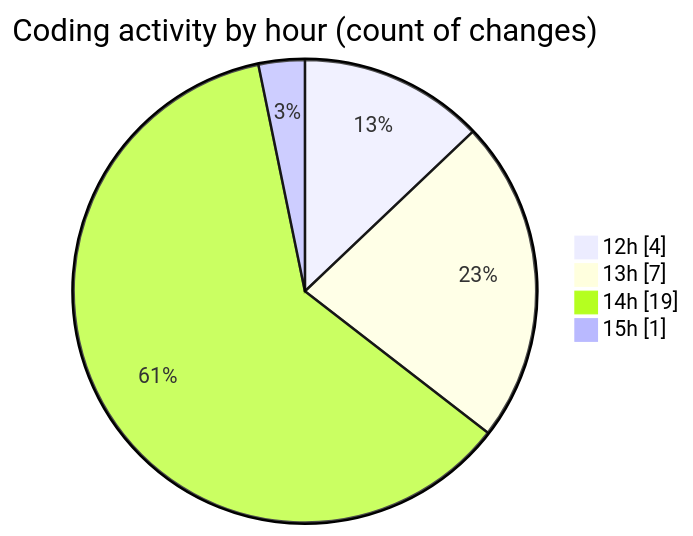
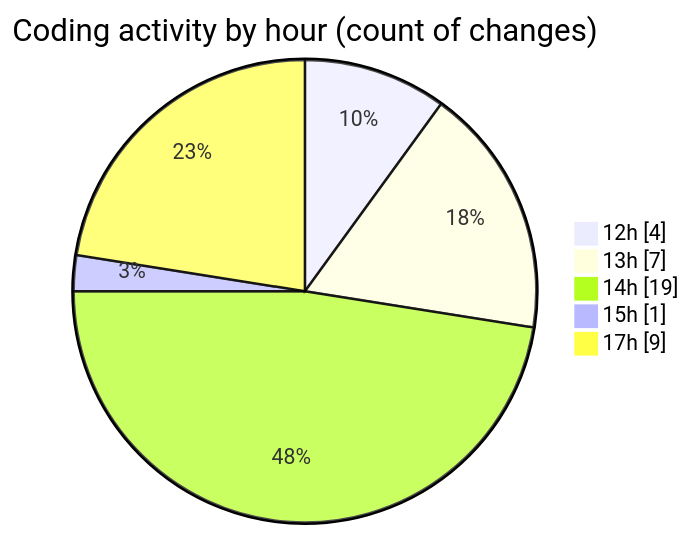
Before and after one commit to MatusMokan/code-tracking: the second of 2 diagrams in 2025-10-25/untitled__workspace_/README.md, drawn with Mermaid. The commit also changed other lines of this file and 1 other file, not shown here.

````diff
--- a/2025-10-25/untitled__workspace_/README.md
+++ b/2025-10-25/untitled__workspace_/README.md
@@ -28,8 +30,9 @@
 ```mermaid
 pie showData
 title Coding activity by hour (count of changes)
 "12h" : 4
 "13h" : 7
 "14h" : 19
 "15h" : 1
+"17h" : 9
 ```
````
